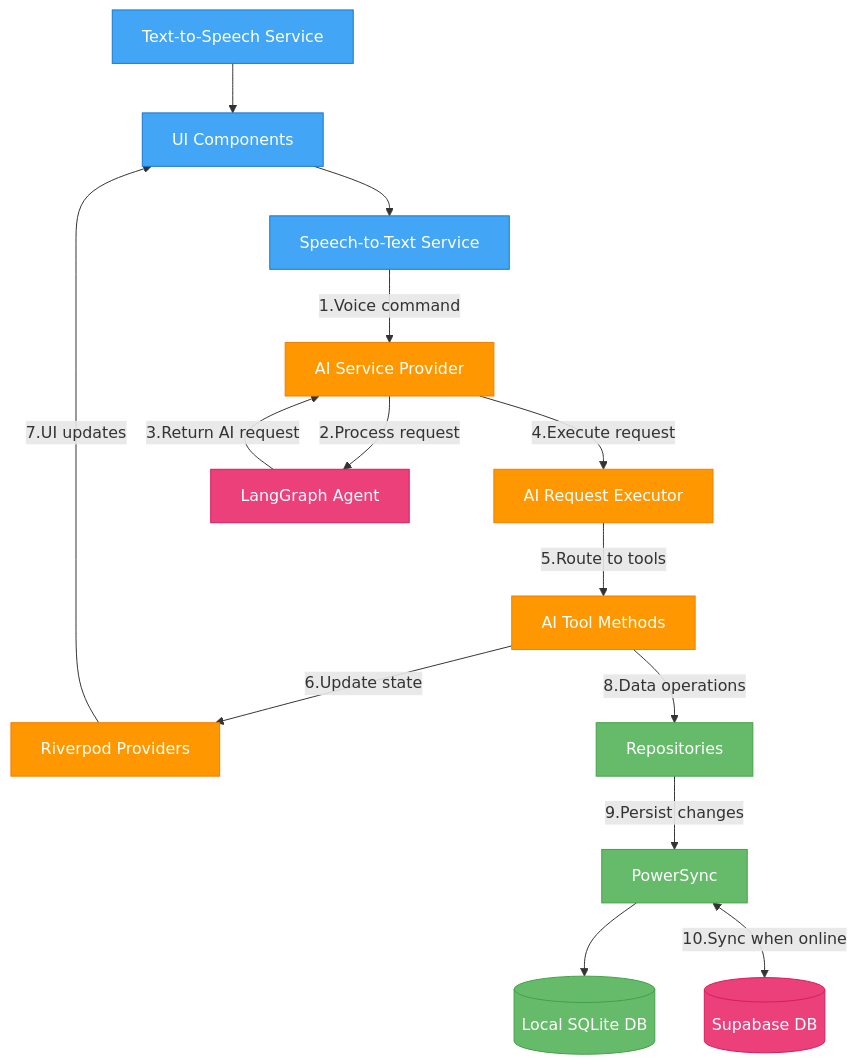
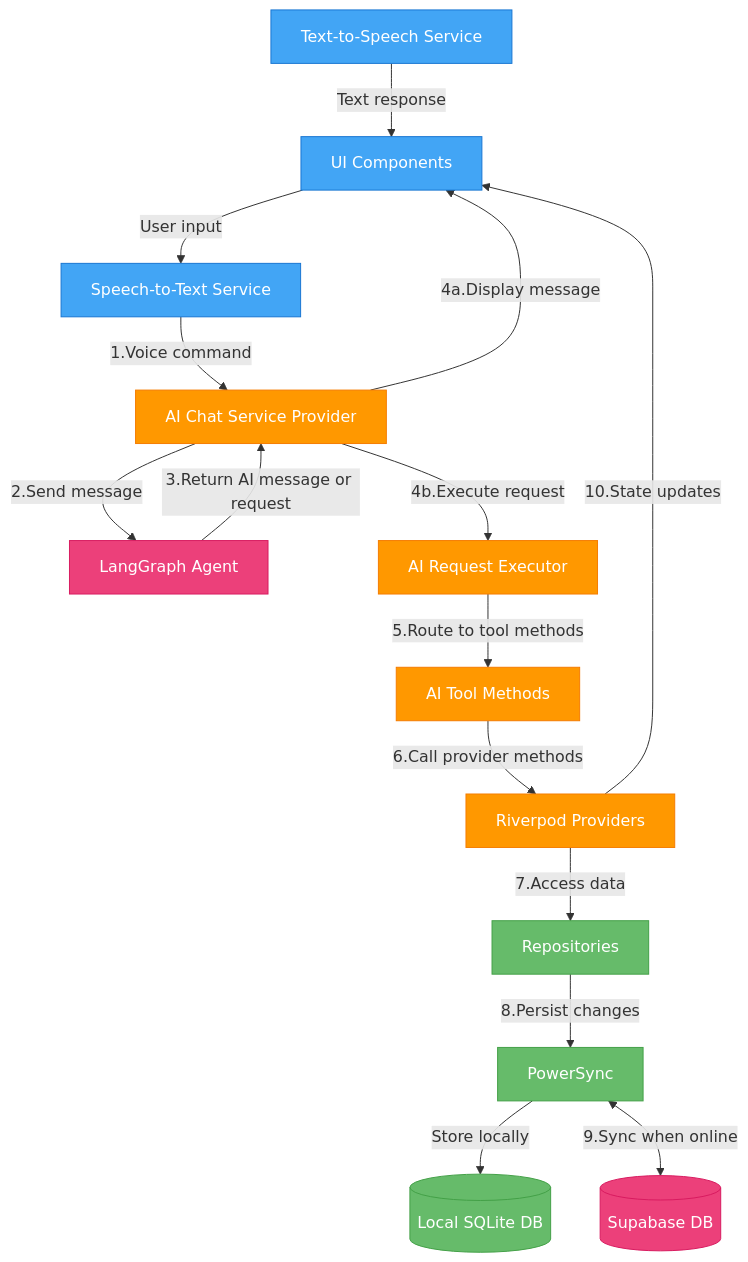
One commit to fjnoyp/seren_ai_flutter changed the diagram in README.md. Above: the diagram before and after it, drawn with Mermaid. The commit also changed other lines of this file and 2 other files, not shown here.

````diff
--- a/README.md
+++ b/README.md
@@ -66,42 +61,49 @@
 ```mermaid
 graph TD
     %% Main components
     UI[UI Components]
     STT[Speech-to-Text Service]
     TTS[Text-to-Speech Service]
+    AS[AI Chat Service Provider]
+    LG[LangGraph Agent]
+    ARQ[AI Request Executor]
+    TM[AI Tool Methods]
     RP[Riverpod Providers]
-    AS[AI Service Provider]
-    ARQ[AI Request Executor]
-    Tools[AI Tool Methods]
+    Repos[Repositories]
     PS[PowerSync]
-    Repos[Repositories]
     DB[(Local SQLite DB)]
-    LG[LangGraph Agent]
     SB[(Supabase DB)]
     
-    %% Flow connections
+    %% Flow connections with correct sequence
+    UI -->|User input| STT
     STT -->|1.Voice command| AS
-    AS -->|2.Process request| LG
-    LG -->|3.Return AI request| AS
-    AS -->|4.Execute request| ARQ
-    ARQ -->|5.Route to tools| Tools
-    Tools -->|6.Update state| RP
-    RP -->|7.UI updates| UI
-    UI --> STT
-    TTS --> UI
-    Tools -->|8.Data operations| Repos
-    Repos -->|9.Persist changes| PS
-    PS --> DB
-    PS <-->|10.Sync when online| SB
+    AS -->|2.Send message| LG
+    LG -->|3.Return AI message or request| AS
     
-    %% Add notes
+    %% Branching logic for message vs request
+    AS -->|4a.Display message| UI
+    AS -->|4b.Execute request| ARQ
+    
+    %% Request execution flow
+    ARQ -->|5.Route to tool methods| TM
+    TM -->|6.Call provider methods| RP
+    RP -->|7.Access data| Repos
+    Repos -->|8.Persist changes| PS
+    PS -->|Store locally| DB
+    PS <-->|9.Sync when online| SB
+    
+    %% UI updates
+    RP -->|10.State updates| UI
+    TTS -->|Text response| UI
+    
+    %% Add styling
     classDef flutter fill:#42A5F5,stroke:#1976D2,color:white;
     classDef state fill:#FF9800,stroke:#F57C00,color:white;
     classDef data fill:#66BB6A,stroke:#43A047,color:white;
     classDef external fill:#EC407A,stroke:#D81B60,color:white;
     
     class UI,STT,TTS flutter;
-    class RP,AS,ARQ,Tools state;
-    class PS,Repos,DB data;
+    class AS,ARQ,TM,RP state;
+    class Repos,PS,DB data;
     class LG,SB external;
 ```
````
